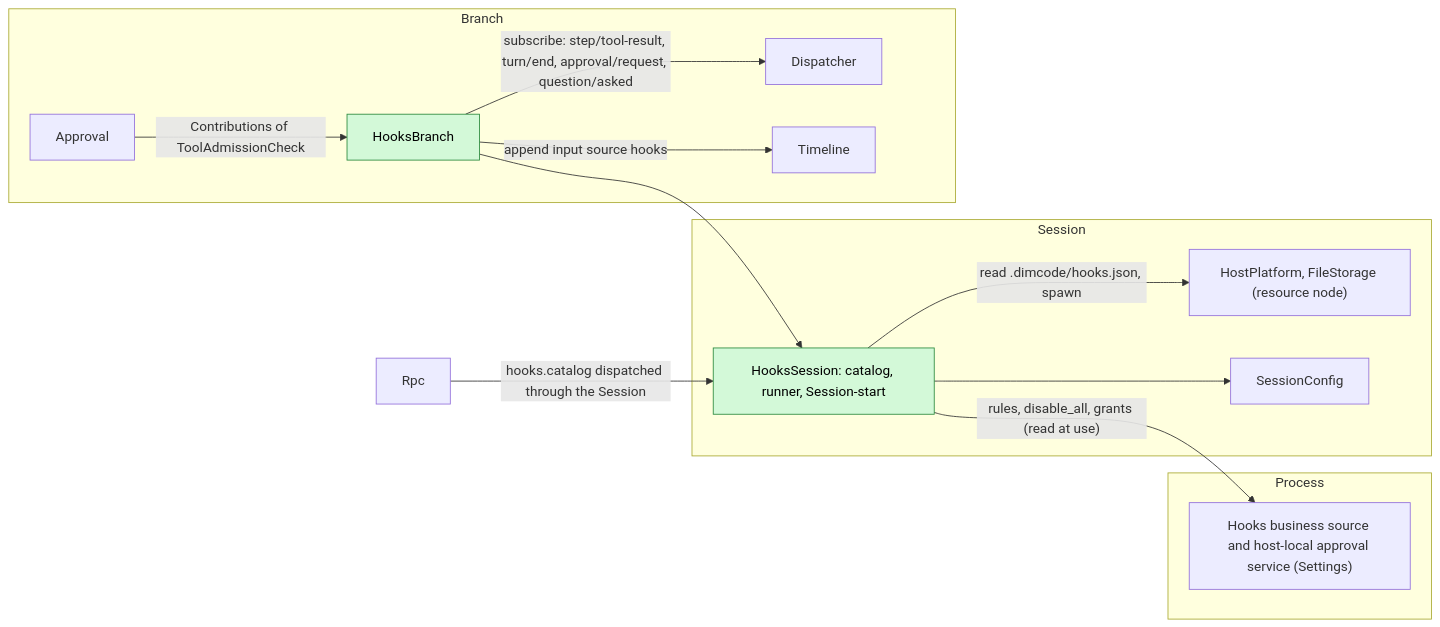
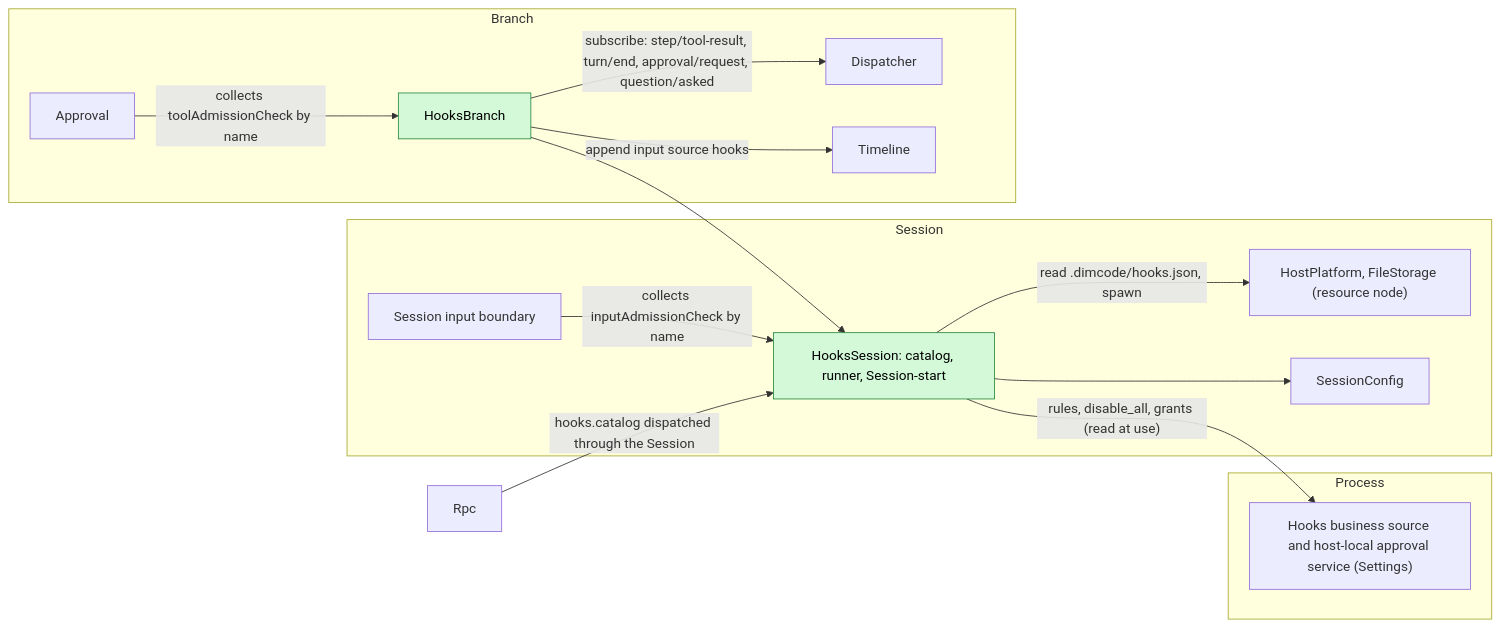
Before and after one commit to CoutinhoTTS/dim-agent: the first of 7 diagrams in docs/design/plugins/Hooks.md, drawn with Mermaid. The commit also changed other lines of this file and 3 other files, not shown here.

Commit message:
docs(design): language-neutral contracts and input admission for Web, SessionTitle, Notifications and Hooks

````diff
--- a/docs/design/plugins/Hooks.md
+++ b/docs/design/plugins/Hooks.md
@@ -9,27 +9,29 @@
 ```mermaid
 flowchart LR
   subgraph PROC["Process"]
     Settings["Hooks business source and host-local approval service (Settings)"]
   end
   subgraph SESS["Session"]
     HS["HooksSession: catalog, runner, Session-start"]:::new
     HP["HostPlatform, FileStorage (resource node)"]
     CFG["SessionConfig"]
+    SI["Session input boundary"]
   end
   subgraph BR["Branch"]
     HB["HooksBranch"]:::new
     AP["Approval"]
     DP["Dispatcher"]
     TL["Timeline"]
   end
   Rpc["Rpc"]
   HS -->|"rules, disable_all, grants (read at use)"| Settings
   HS -->|"read .dimcode/hooks.json, spawn"| HP
   HS --> CFG
   HB --> HS
-  AP -->|"Contributions of ToolAdmissionCheck"| HB
+  SI -->|"collects inputAdmissionCheck by name"| HS
+  AP -->|"collects toolAdmissionCheck by name"| HB
   HB -->|"subscribe: step/tool-result, turn/end, approval/request, question/asked"| DP
   HB -->|"append input source hooks"| TL
   Rpc -->|"hooks.catalog dispatched through the Session"| HS
   classDef new fill:#d3f9d8,stroke:#2b8a3e,color:#000
 ```
````
